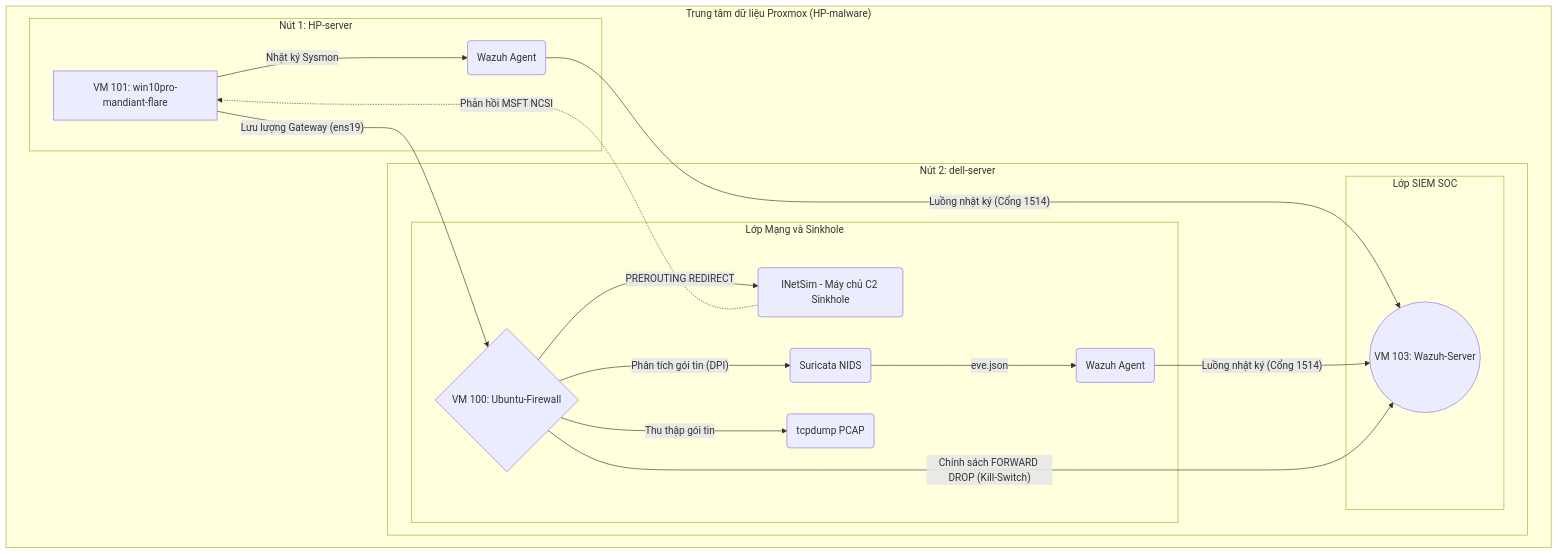
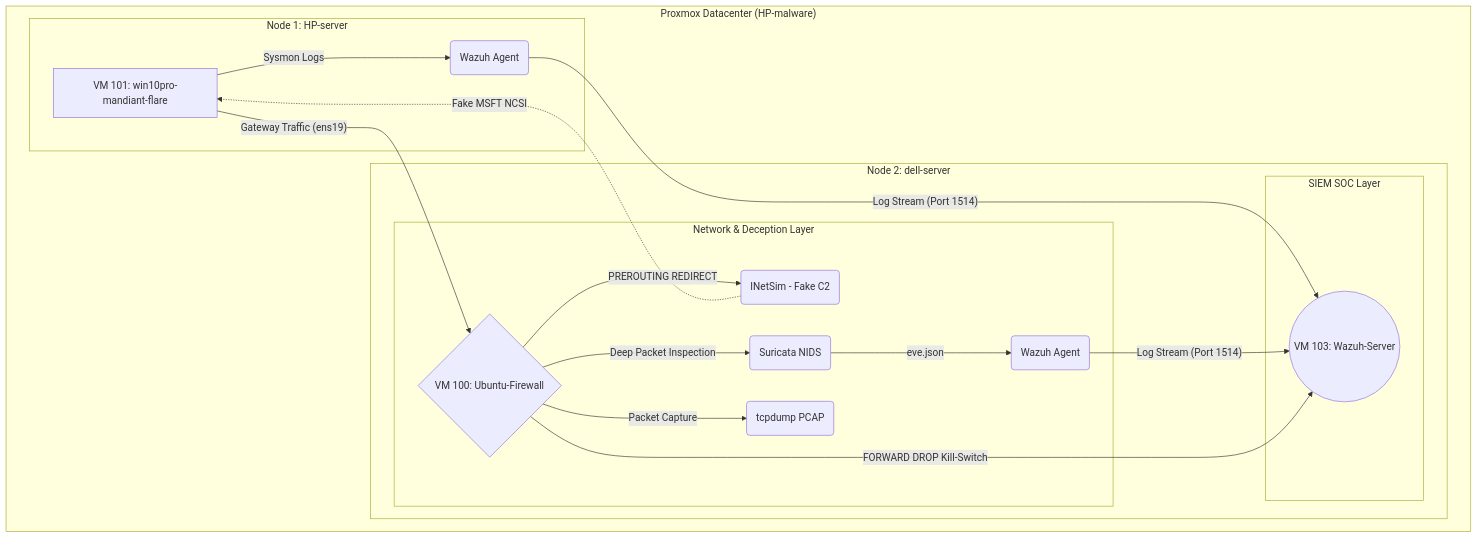
The diagram in README.md (nguyenduchuywork23-sudo/PoC-Proxmox-Win10-Flarevm-SIEM), drawn with Mermaid before and after one commit.

Commit message:
Update docs: Revert Mermaid diagram back to English

````diff
--- a/README.md
+++ b/README.md
@@ -7,32 +7,32 @@
 ```mermaid
 graph TD
-    subgraph "Trung tâm dữ liệu Proxmox (HP-malware)"
+    subgraph "Proxmox Datacenter (HP-malware)"
         
-        subgraph "Nút 1: HP-server"
-            A[VM 101: win10pro-mandiant-flare] -->|Nhật ký Sysmon| C(Wazuh Agent)
+        subgraph "Node 1: HP-server"
+            A[VM 101: win10pro-mandiant-flare] -->|Sysmon Logs| C(Wazuh Agent)
         end
 
-        subgraph "Nút 2: dell-server"
-            subgraph "Lớp Mạng và Sinkhole"
+        subgraph "Node 2: dell-server"
+            subgraph "Network & Deception Layer"
                 D{VM 100: Ubuntu-Firewall}
-                E(INetSim - Máy chủ C2 Sinkhole)
+                E(INetSim - Fake C2)
                 F(Suricata NIDS)
                 P(tcpdump PCAP)
                 
-                A -- "Lưu lượng Gateway (ens19)" --> D
+                A -- "Gateway Traffic (ens19)" --> D
                 D -- "PREROUTING REDIRECT" --> E
-                E -. "Phản hồi MSFT NCSI" .-> A
-                D -- "Phân tích gói tin (DPI)" --> F
-                D -- "Thu thập gói tin" --> P
+                E -. "Fake MSFT NCSI" .-> A
+                D -- "Deep Packet Inspection" --> F
+                D -- "Packet Capture" --> P
                 F -->|eve.json| G(Wazuh Agent)
             end
 
-            subgraph "Lớp SIEM SOC"
+            subgraph "SIEM SOC Layer"
                 H((VM 103: Wazuh-Server))
-                C -- "Luồng nhật ký (Cổng 1514)" --> H
-                G -- "Luồng nhật ký (Cổng 1514)" --> H
-                D -- "Chính sách FORWARD DROP (Kill-Switch)" --> H
+                C -- "Log Stream (Port 1514)" --> H
+                G -- "Log Stream (Port 1514)" --> H
+                D -- "FORWARD DROP Kill-Switch" --> H
             end
         end
     end
 ```
````
